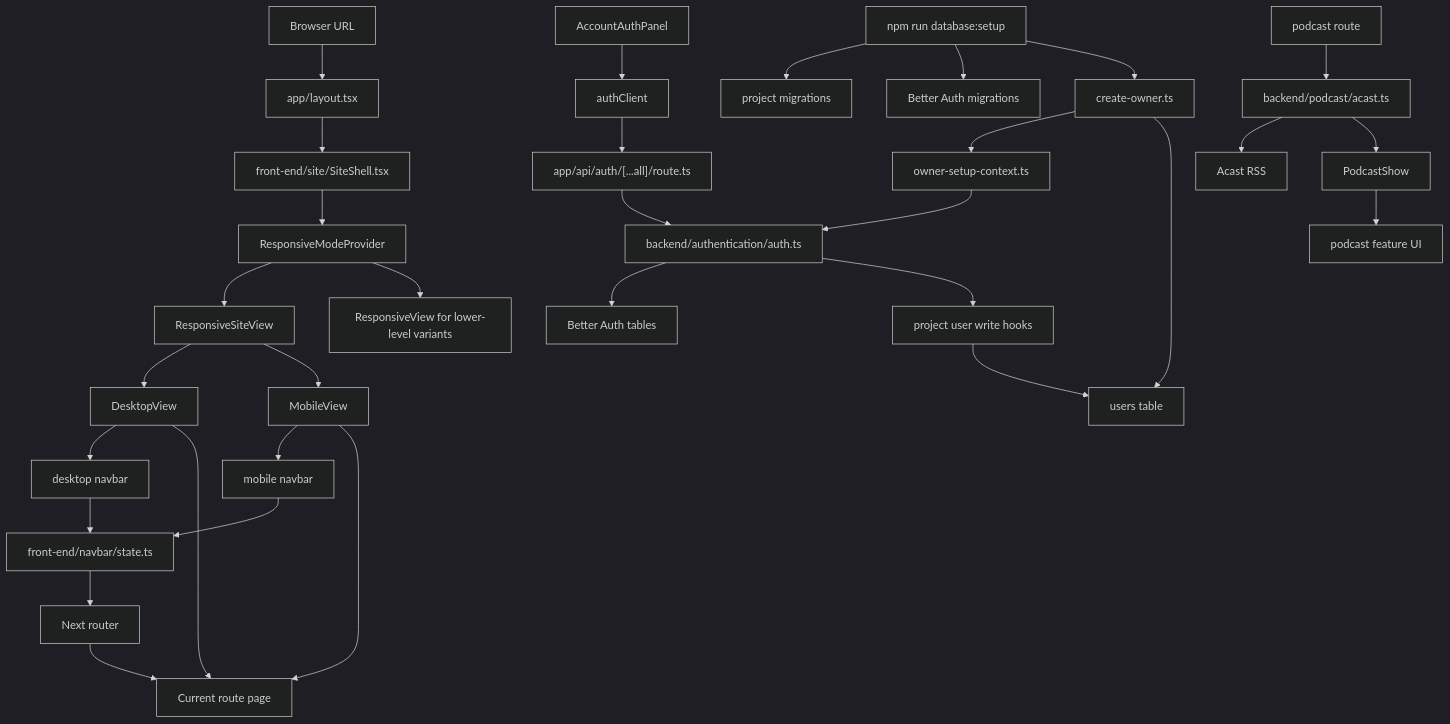
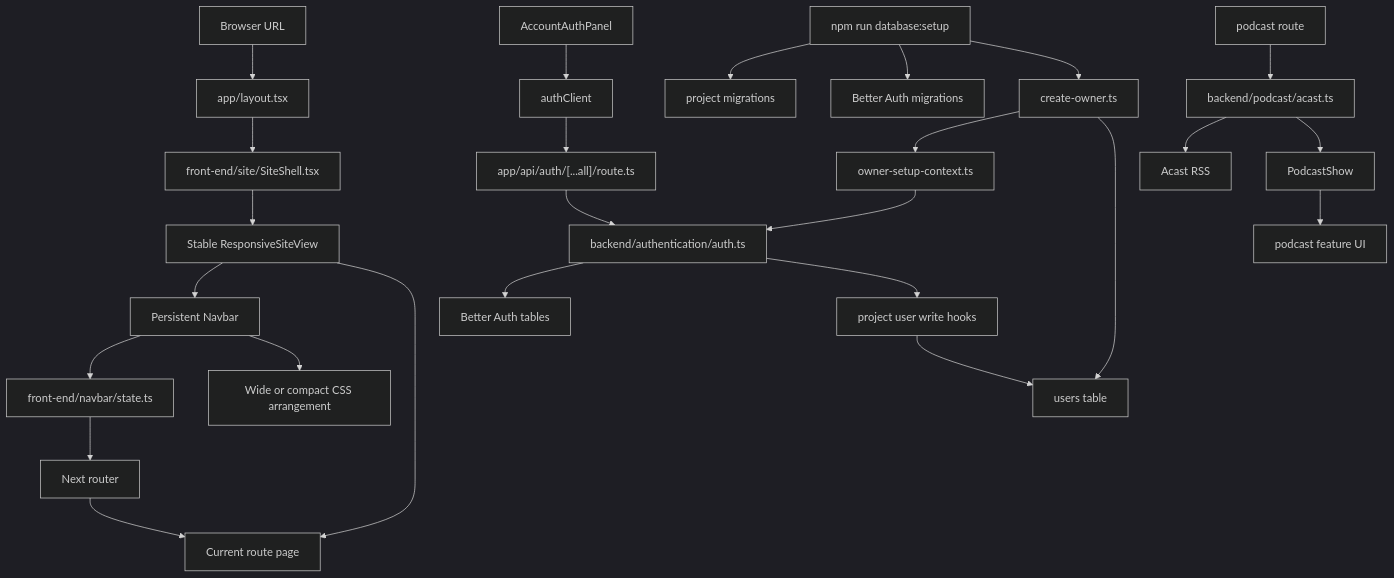
One commit to bucketb0t/Earth_In_Sound changed the diagram in PROJECT_LEARNING_FLOW.md. Above: the diagram before and after it, drawn with Mermaid (dark theme). The commit also changed other lines of this file and 68 other files, not shown here.

Commit message:
refactor(frontend): simplify the site into one persistent page tree, remove desktop/mobile view scaffolding, unify the responsive navbar, add DPR-aware zoom handling and an exact 1024px breakpoint, preserve centering and controls, reorganize shared navbar components, and update the learning guide

````diff
--- a/PROJECT_LEARNING_FLOW.md
+++ b/PROJECT_LEARNING_FLOW.md
@@ -44,38 +44,31 @@
 ```mermaid
 flowchart TD
   Browser["Browser URL"] --> Layout["app/layout.tsx"]
   Layout --> SiteShell["front-end/site/SiteShell.tsx"]
-  SiteShell --> ResponsiveProvider["ResponsiveModeProvider"]
-  ResponsiveProvider --> ResponsiveSiteView["ResponsiveSiteView"]
-  ResponsiveSiteView --> DesktopView["DesktopView"]
-  ResponsiveSiteView --> MobileView["MobileView"]
-  DesktopView --> DesktopNavbar["desktop navbar"]
-  MobileView --> MobileNavbar["mobile navbar"]
-  DesktopView --> Page["Current route page"]
-  MobileView --> Page
-
-  ResponsiveProvider --> ResponsiveView["ResponsiveView for lower-level variants"]
-  DesktopNavbar --> NavbarState["front-end/navbar/state.ts"]
-  MobileNavbar --> NavbarState
+  SiteShell --> ResponsiveSiteView["Stable ResponsiveSiteView"]
+  ResponsiveSiteView --> Navbar["Persistent Navbar"]
+  ResponsiveSiteView --> Page["Current route page"]
+  Navbar --> NavbarState["front-end/navbar/state.ts"]
+  Navbar --> ResponsiveCss["Wide or compact CSS arrangement"]
   NavbarState --> Router["Next router"]
   Router --> Page
 
   AccountUI["AccountAuthPanel"] --> AuthClient["authClient"]
   AuthClient --> AuthApi["app/api/auth/[...all]/route.ts"]
   AuthApi --> AuthConfig["backend/authentication/auth.ts"]
   AuthConfig --> BetterAuthTables["Better Auth tables"]
   AuthConfig --> UserWrites["project user write hooks"]
   UserWrites --> UsersTable["users table"]
 
   Setup["npm run database:setup"] --> ProjectMigrations["project migrations"]
   Setup --> AuthMigrations["Better Auth migrations"]
   Setup --> OwnerScript["create-owner.ts"]
   OwnerScript --> OwnerContext["owner-setup-context.ts"]
   OwnerContext --> AuthConfig
   OwnerScript --> UsersTable
 
   PodcastRoute["podcast route"] --> AcastParser["backend/podcast/acast.ts"]
   AcastParser --> Feed["Acast RSS"]
   AcastParser --> PodcastShow["PodcastShow"]
   PodcastShow --> PodcastUI["podcast feature UI"]
 ```
````
